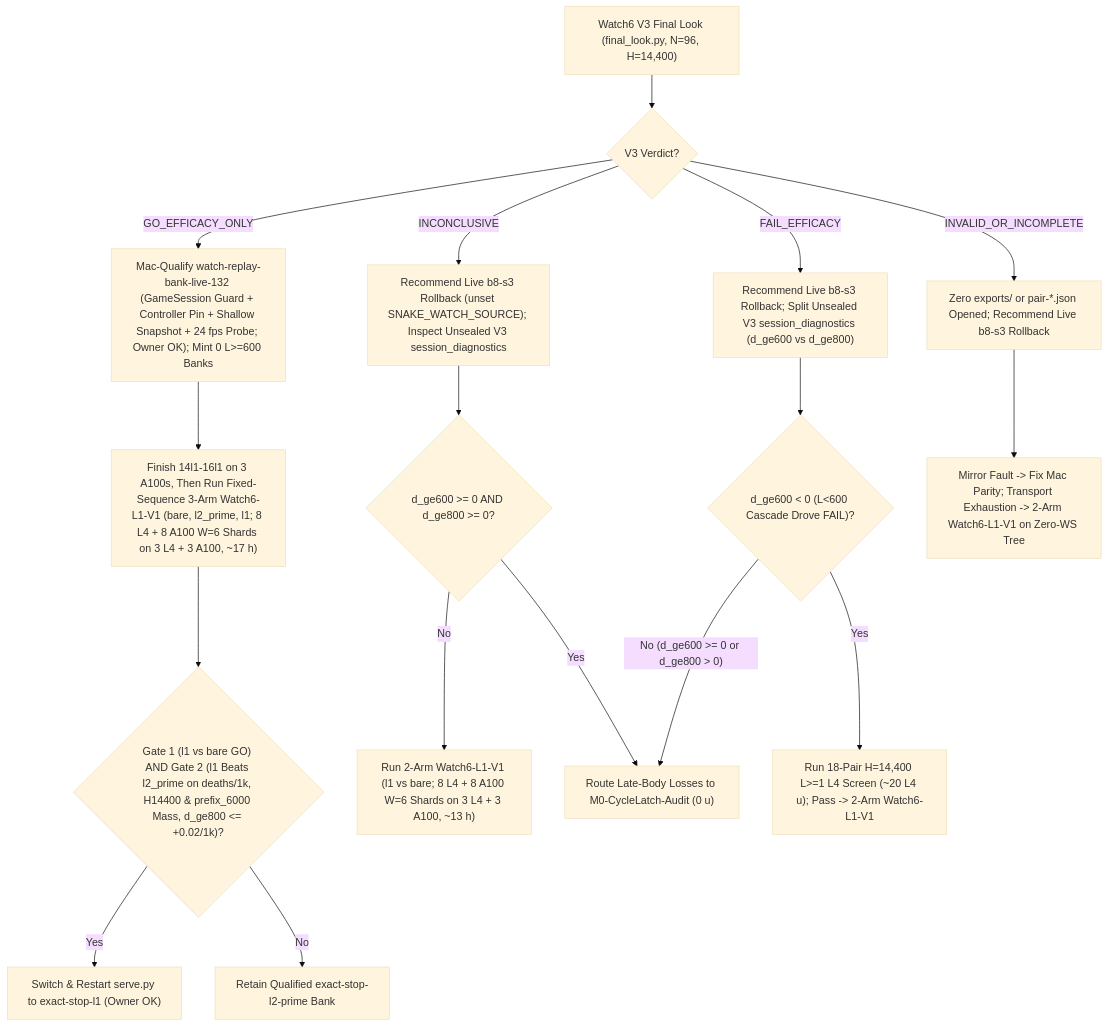
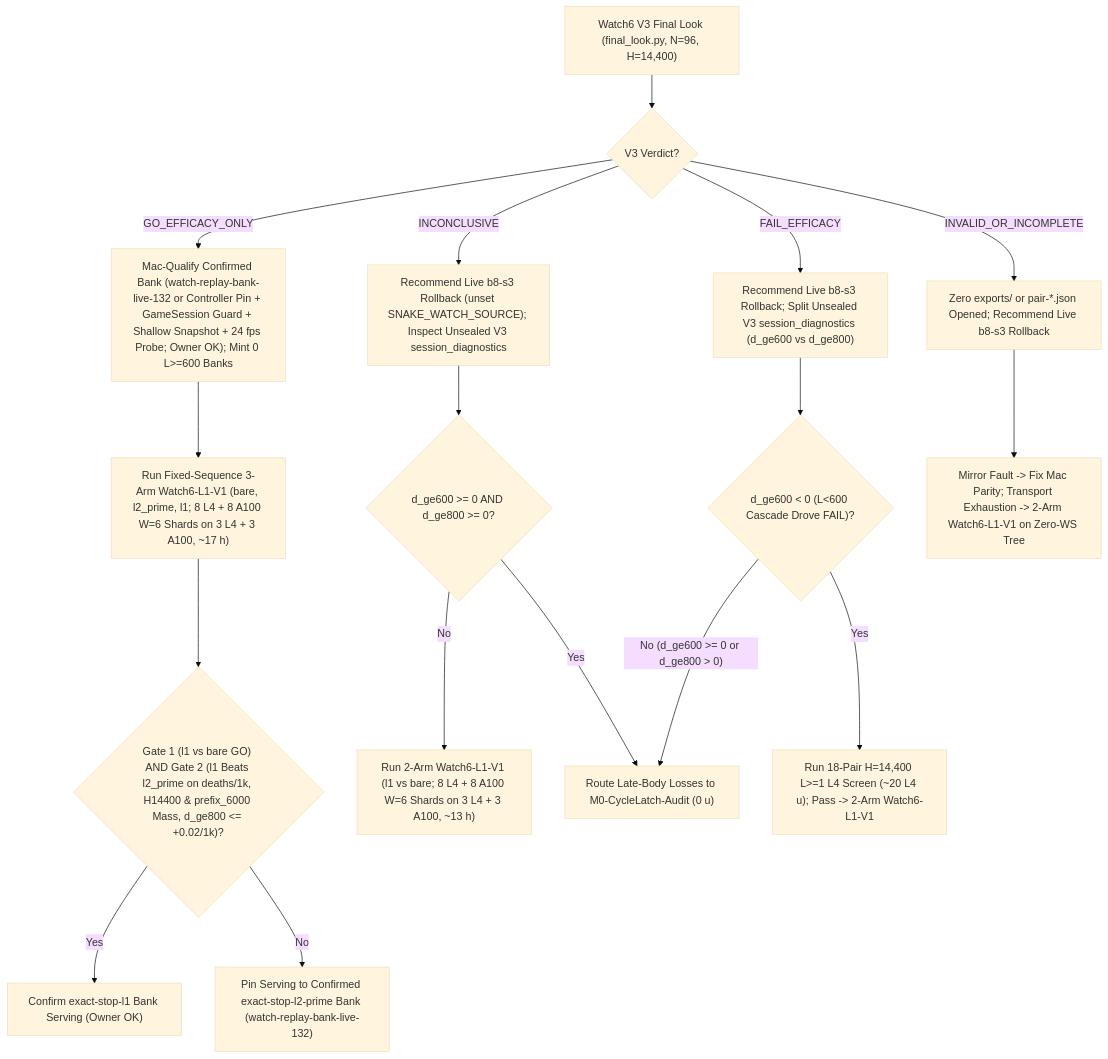
The diagram in docs/research/ROADMAP.md (josenunezwork/snake-dqn), drawn with Mermaid (base theme) before and after one commit. The commit also changed other lines of this file and 9 other files, not shown here.

Commit message:
Sync docs with live 168-session Watch replay bank (banks 14l1-16l1)

````diff
--- a/docs/research/ROADMAP.md
+++ b/docs/research/ROADMAP.md
@@ -77,19 +77,19 @@
 ```mermaid
 flowchart TD
     V3["Watch6 V3 Final Look (final_look.py, N=96, H=14,400)"] --> VERDICT{"V3 Verdict?"}
-    VERDICT -- "GO_EFFICACY_ONLY" --> QUAL["Mac-Qualify watch-replay-bank-live-132 (GameSession Guard + Controller Pin + Shallow Snapshot + 24 fps Probe; Owner OK); Mint 0 L>=600 Banks"]
-    QUAL --> L1_3ARM["Finish 14l1-16l1 on 3 A100s, Then Run Fixed-Sequence 3-Arm Watch6-L1-V1 (bare, l2_prime, l1; 8 L4 + 8 A100 W=6 Shards on 3 L4 + 3 A100, ~17 h)"]
+    VERDICT -- "GO_EFFICACY_ONLY" --> QUAL["Mac-Qualify Confirmed Bank (watch-replay-bank-live-132 or Controller Pin + GameSession Guard + Shallow Snapshot + 24 fps Probe; Owner OK); Mint 0 L>=600 Banks"]
+    QUAL --> L1_3ARM["Run Fixed-Sequence 3-Arm Watch6-L1-V1 (bare, l2_prime, l1; 8 L4 + 8 A100 W=6 Shards on 3 L4 + 3 A100, ~17 h)"]
     L1_3ARM --> GATE2{"Gate 1 (l1 vs bare GO) AND Gate 2 (l1 Beats l2_prime on deaths/1k, H14400 & prefix_6000 Mass, d_ge800 <= +0.02/1k)?"}
-    GATE2 -- "Yes" --> SWITCH["Switch & Restart serve.py to exact-stop-l1 (Owner OK)"]
-    GATE2 -- "No" --> KEEP_L2["Retain Qualified exact-stop-l2-prime Bank"]
+    GATE2 -- "Yes" --> SWITCH["Confirm exact-stop-l1 Bank Serving (Owner OK)"]
+    GATE2 -- "No" --> KEEP_L2["Pin Serving to Confirmed exact-stop-l2-prime Bank (watch-replay-bank-live-132)"]
     VERDICT -- "INCONCLUSIVE" --> INC_RB["Recommend Live b8-s3 Rollback (unset SNAKE_WATCH_SOURCE); Inspect Unsealed V3 session_diagnostics"]
     INC_RB --> INC_CHK{"d_ge600 >= 0 AND d_ge800 >= 0?"}
     INC_CHK -- "No" --> L1_2ARM["Run 2-Arm Watch6-L1-V1 (l1 vs bare; 8 L4 + 8 A100 W=6 Shards on 3 L4 + 3 A100, ~13 h)"]
     INC_CHK -- "Yes" --> LATCH["Route Late-Body Losses to M0-CycleLatch-Audit (0 u)"]
     VERDICT -- "FAIL_EFFICACY" --> FAIL_RB["Recommend Live b8-s3 Rollback; Split Unsealed V3 session_diagnostics (d_ge600 vs d_ge800)"]
     FAIL_RB --> FAIL_CHK{"d_ge600 < 0 (L<600 Cascade Drove FAIL)?"}
     FAIL_CHK -- "Yes" --> SCR18["Run 18-Pair H=14,400 L>=1 L4 Screen (~20 L4 u); Pass -> 2-Arm Watch6-L1-V1"]
     FAIL_CHK -- "No (d_ge600 >= 0 or d_ge800 > 0)" --> LATCH
     VERDICT -- "INVALID_OR_INCOMPLETE" --> INV_RB["Zero exports/ or pair-*.json Opened; Recommend Live b8-s3 Rollback"]
     INV_RB --> INV_FIX["Mirror Fault -> Fix Mac Parity; Transport Exhaustion -> 2-Arm Watch6-L1-V1 on Zero-WS Tree"]
 ```
````
